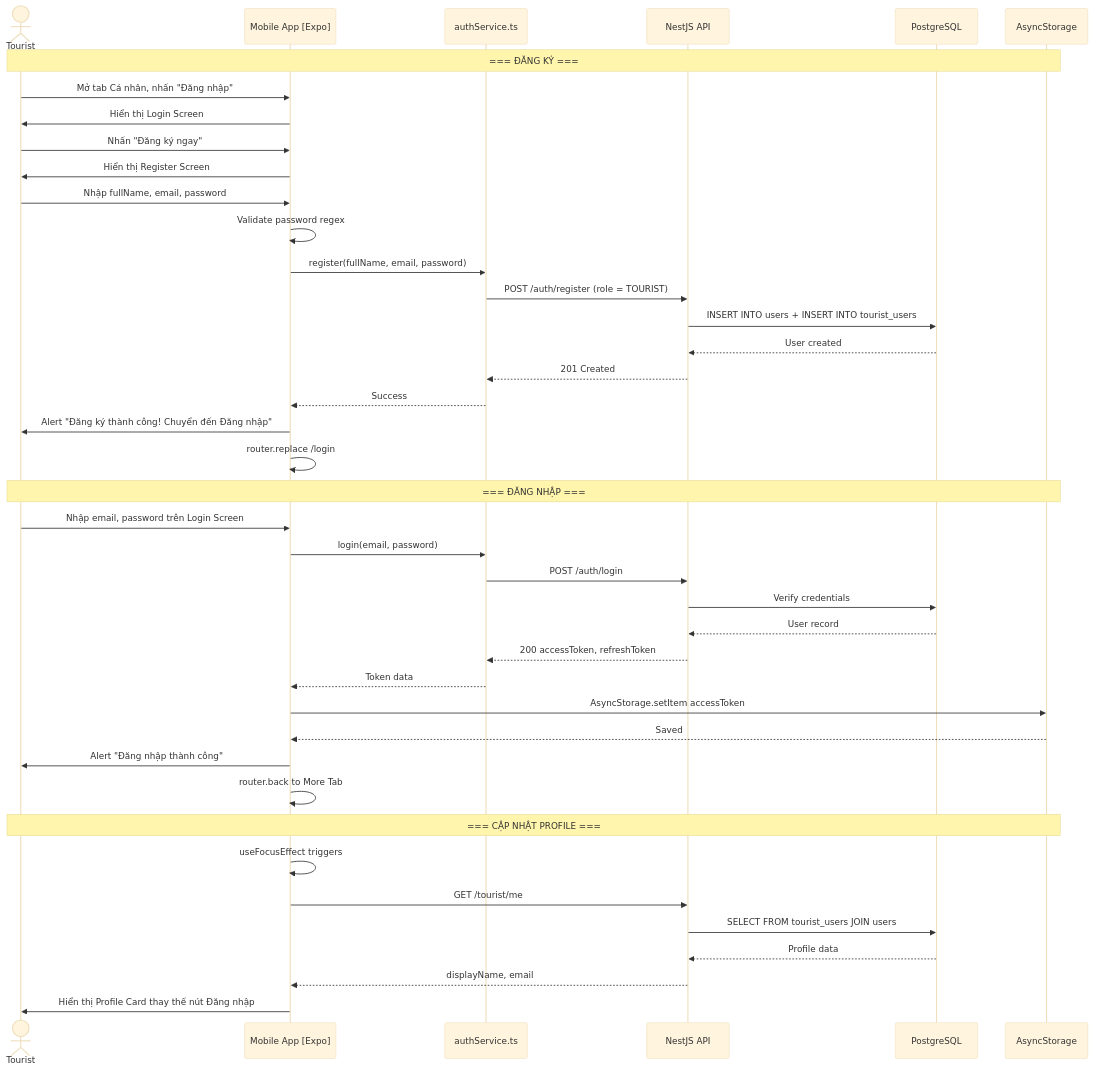
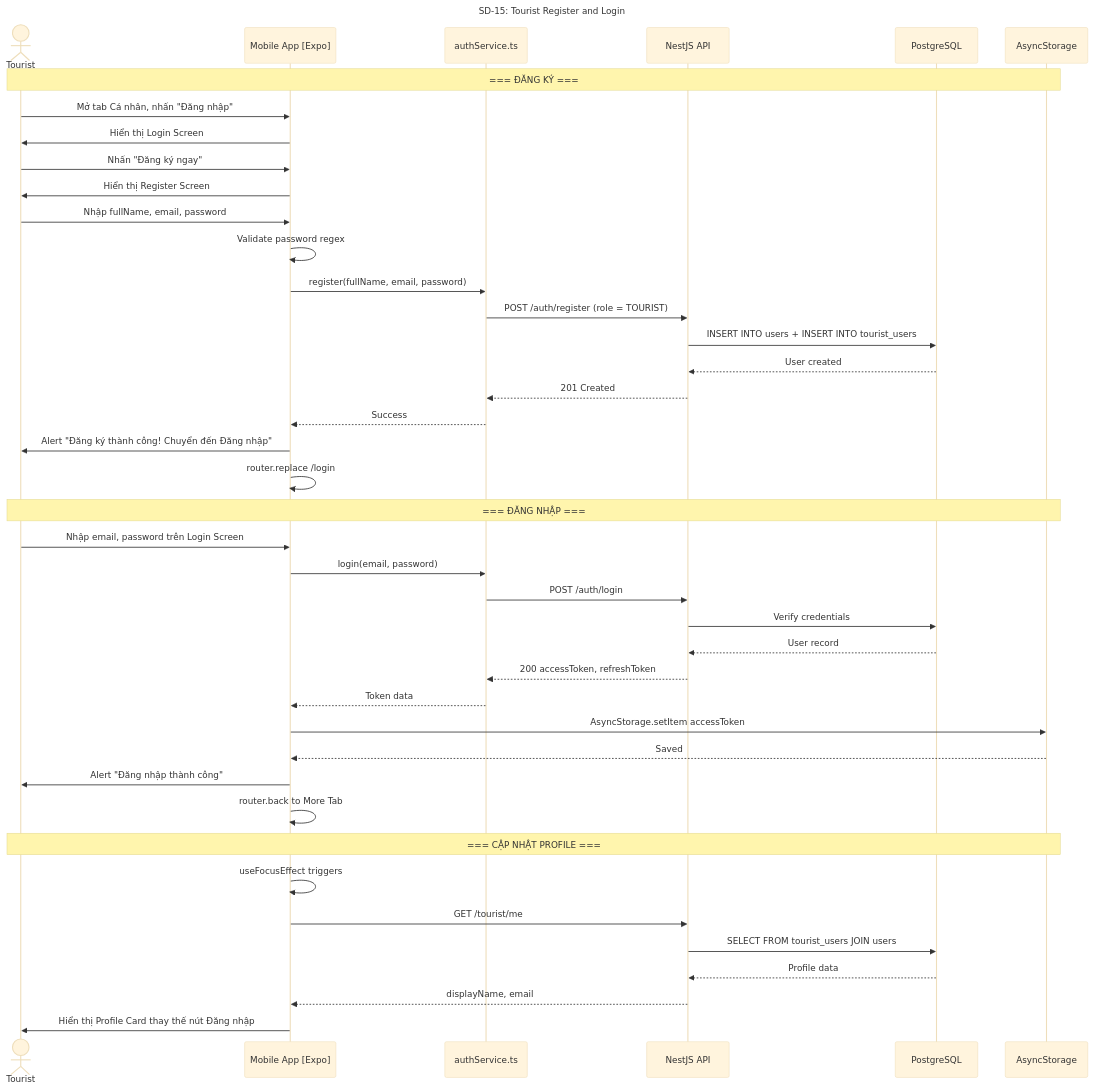
Diagram 15 of 17 in docs/step3_prd/15_sequence_diagrams.md (Ttuandatt/Seminar), drawn with Mermaid (base theme) before and after one commit. The commit also changed other lines of this file, not shown here.

Commit message:
docs(sequence): add title labels to all 17 mermaid sequence diagrams for draw.io identification

````diff
--- a/docs/step3_prd/15_sequence_diagrams.md
+++ b/docs/step3_prd/15_sequence_diagrams.md
@@ -723,46 +737,47 @@
 ```mermaid
 sequenceDiagram
+    title SD-15: Tourist Register and Login
     actor Tourist
     participant App as Mobile App [Expo]
     participant Auth as authService.ts
     participant API as NestJS API
     participant DB as PostgreSQL
     participant Store as AsyncStorage
 
     Note over Tourist, Store: === ĐĂNG KÝ ===
     Tourist->>App: Mở tab Cá nhân, nhấn "Đăng nhập"
     App->>Tourist: Hiển thị Login Screen
     Tourist->>App: Nhấn "Đăng ký ngay"
     App->>Tourist: Hiển thị Register Screen
     Tourist->>App: Nhập fullName, email, password
     App->>App: Validate password regex
     App->>Auth: register(fullName, email, password)
     Auth->>API: POST /auth/register (role = TOURIST)
     API->>DB: INSERT INTO users + INSERT INTO tourist_users
     DB-->>API: User created
     API-->>Auth: 201 Created
     Auth-->>App: Success
     App->>Tourist: Alert "Đăng ký thành công! Chuyển đến Đăng nhập"
     App->>App: router.replace /login
 
     Note over Tourist, Store: === ĐĂNG NHẬP ===
     Tourist->>App: Nhập email, password trên Login Screen
     App->>Auth: login(email, password)
     Auth->>API: POST /auth/login
     API->>DB: Verify credentials
     DB-->>API: User record
     API-->>Auth: 200 accessToken, refreshToken
     Auth-->>App: Token data
     App->>Store: AsyncStorage.setItem accessToken
     Store-->>App: Saved
     App->>Tourist: Alert "Đăng nhập thành công"
     App->>App: router.back to More Tab
 
     Note over Tourist, Store: === CẬP NHẬT PROFILE ===
     App->>App: useFocusEffect triggers
     App->>API: GET /tourist/me
     API->>DB: SELECT FROM tourist_users JOIN users
     DB-->>API: Profile data
     API-->>App: displayName, email
     App->>Tourist: Hiển thị Profile Card thay thế nút Đăng nhập
 ```
````
